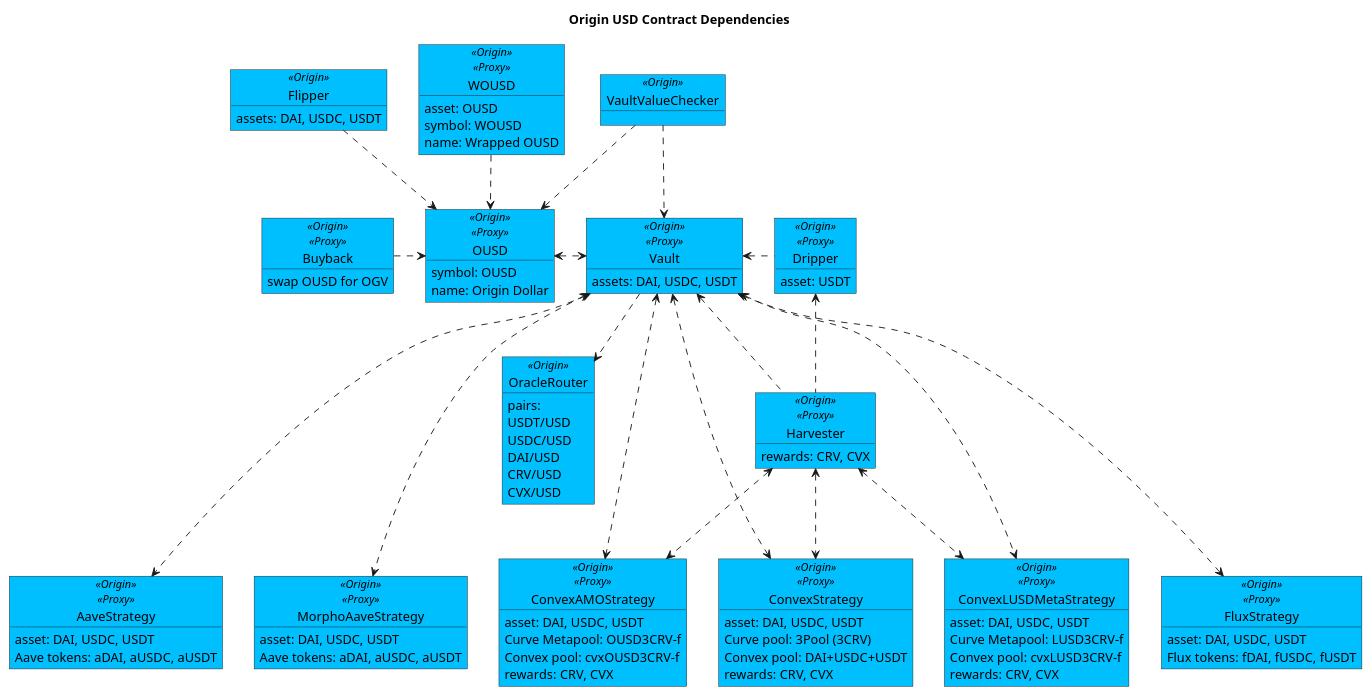
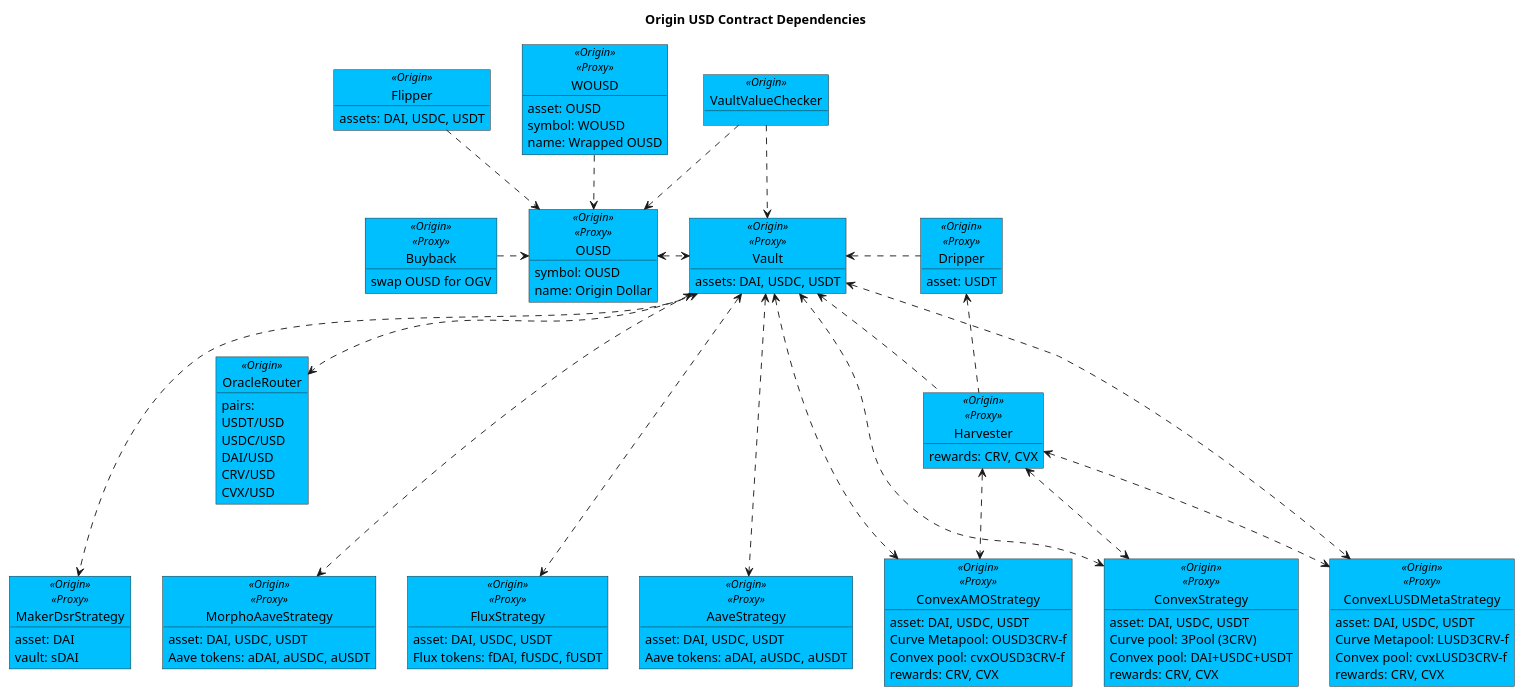
Before and after one commit to OriginProtocol/origin-dollar: the diagram in contracts/docs/plantuml/ousdContracts.puml, drawn with PlantUML. The commit also changed 32 other files, not shown here.

First line of the commit message:
Maker DSR strategy for OUSD (#1741)

```diff
--- a/contracts/docs/plantuml/ousdContracts.puml
+++ b/contracts/docs/plantuml/ousdContracts.puml
@@ -1,125 +1,131 @@
 @startuml
 
 title "Origin USD Contract Dependencies"
 
 object "Dripper" as drip <<Origin>><<Proxy>> #DeepSkyBlue {
     asset: USDT
 }
 
 object "VaultValueChecker" as checker <<Origin>> #DeepSkyBlue {
 }
 
 object "WOUSD" as wousd <<Origin>><<Proxy>> #DeepSkyBlue {
     asset: OUSD
     symbol: WOUSD
     name: Wrapped OUSD
 }
 
 object "Flipper" as flipper <<Origin>> #DeepSkyBlue {
     assets: DAI, USDC, USDT
 }
 
 object "OUSD" as ousd <<Origin>><<Proxy>> #DeepSkyBlue {
     symbol: OUSD
     name: Origin Dollar
 }
 
 object "Vault" as vault <<Origin>><<Proxy>> #DeepSkyBlue {
     assets: DAI, USDC, USDT  
 }
 
 object "Harvester" as harv <<Origin>><<Proxy>> #DeepSkyBlue {
     rewards: CRV, CVX
 }
 
 object "Buyback" as buy <<Origin>><<Proxy>> #DeepSkyBlue {
 swap OUSD for OGV
 }
 
 ' Strategies
 object "AaveStrategy" as aaveStrat <<Origin>><<Proxy>> #DeepSkyBlue {
     asset: DAI, USDC, USDT
     Aave tokens: aDAI, aUSDC, aUSDT
     ' rewards: AAVE
 }
 ' object "CompoundStrategy" as compStrat <<Origin>><<Proxy>> #DeepSkyBlue {
 '     asset: DAI, USDC, USDT
 '     compound tokens: cDAI, cUSDC, cUSDT
     ' rewards: COMP
 ' }
 object "ConvexStrategy" as cvxStrat <<Origin>><<Proxy>> #DeepSkyBlue {
     asset: DAI, USDC, USDT
     Curve pool: 3Pool (3CRV)
     Convex pool: DAI+USDC+USDT
     rewards: CRV, CVX
 }
 object "ConvexAMOStrategy" as amoStrat <<Origin>><<Proxy>> #DeepSkyBlue {
     asset: DAI, USDC, USDT
     Curve Metapool: OUSD3CRV-f
     Convex pool: cvxOUSD3CRV-f
     rewards: CRV, CVX
 }
 object "ConvexLUSDMetaStrategy" as cxvLusdStrat <<Origin>><<Proxy>> #DeepSkyBlue {
     asset: DAI, USDC, USDT
     Curve Metapool: LUSD3CRV-f
     Convex pool: cvxLUSD3CRV-f
     rewards: CRV, CVX
 }
 ' object "MorphoCompoundStrategy" as morphCompStrat <<Origin>><<Proxy>> #DeepSkyBlue {
 '     asset: DAI, USDC, USDT
-'     compound tokens: cDAI, cUSDC, cUSDT
+'     Compound tokens: cDAI, cUSDC, cUSDT
     ' rewards: COMP
 ' }
 object "MorphoAaveStrategy" as morphAaveStrat <<Origin>><<Proxy>> #DeepSkyBlue {
     asset: DAI, USDC, USDT
     Aave tokens: aDAI, aUSDC, aUSDT
     ' rewards: AAVE
 }
 
 object "FluxStrategy" as fluxStrat <<Origin>><<Proxy>> #DeepSkyBlue {
     asset: DAI, USDC, USDT
     Flux tokens: fDAI, fUSDC, fUSDT
+}
+
+object "MakerDsrStrategy" as dsrStrat <<Origin>><<Proxy>> #DeepSkyBlue {
+    asset: DAI
+    vault: sDAI
 }
 
 ' Oracle
 object "OracleRouter" as oracle <<Origin>> #DeepSkyBlue {
 pairs:
     USDT/USD
     USDC/USD
     DAI/USD
     CRV/USD
     CVX/USD 
 }
 
 vault <. drip
 
 checker ..> ousd
 checker ..> vault
 
 flipper ..> ousd
 
 vault <.. harv 
 
 wousd ..> ousd
 ousd <.> vault
 vault ..> oracle
 
 buy .> ousd
 
 ' Strategies
 vault <...> aaveStrat
 ' vault <...> compStrat
 vault <...> cvxStrat
 vault <...> amoStrat
 vault <...> cxvLusdStrat
 ' vault <...> morphCompStrat
 vault <...> morphAaveStrat
 vault <...> fluxStrat
+vault <...> dsrStrat
 
 drip <.. harv
 harv <..> cvxStrat
 harv <..> amoStrat
 harv <..> cxvLusdStrat
 
 
 @enduml
```
